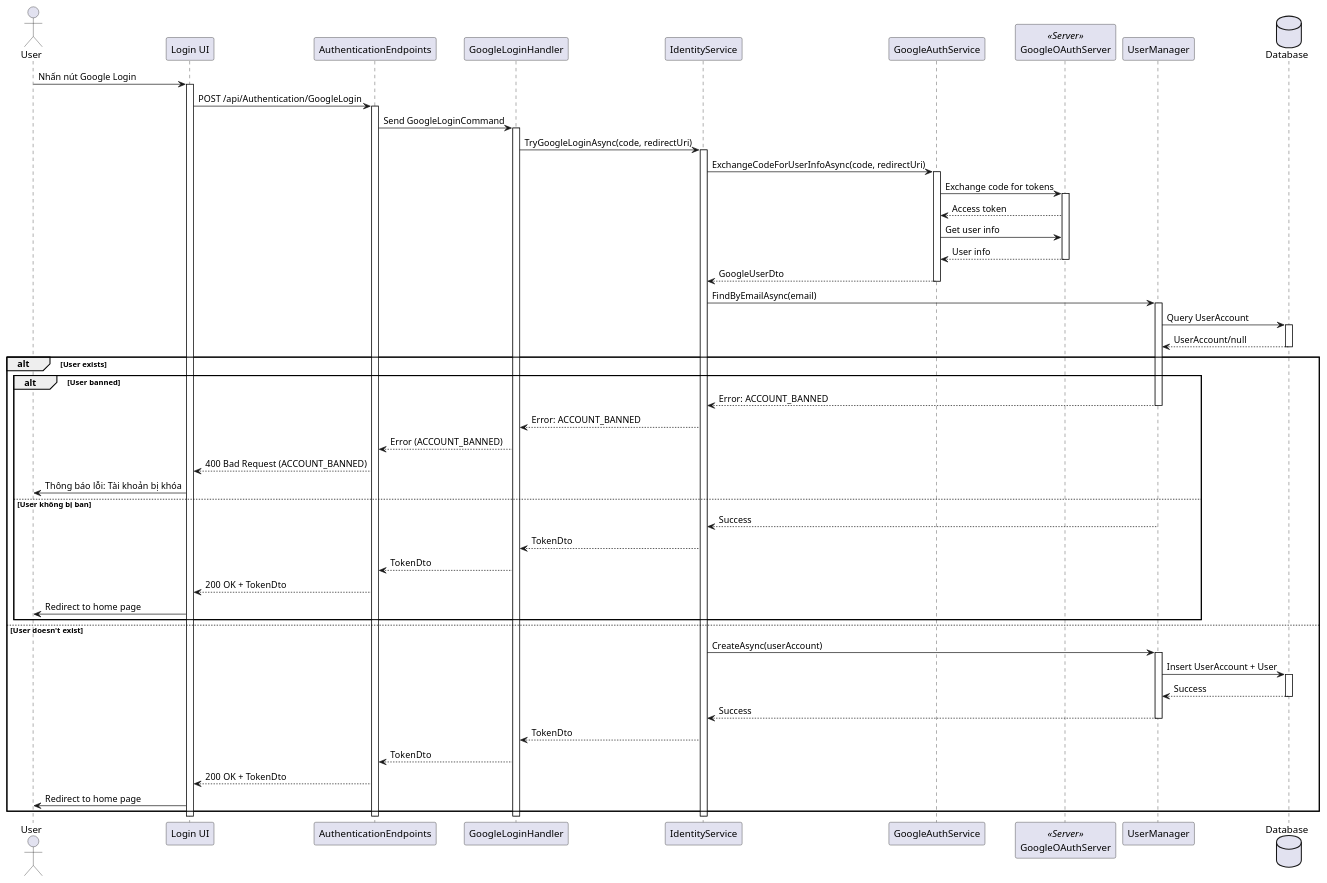
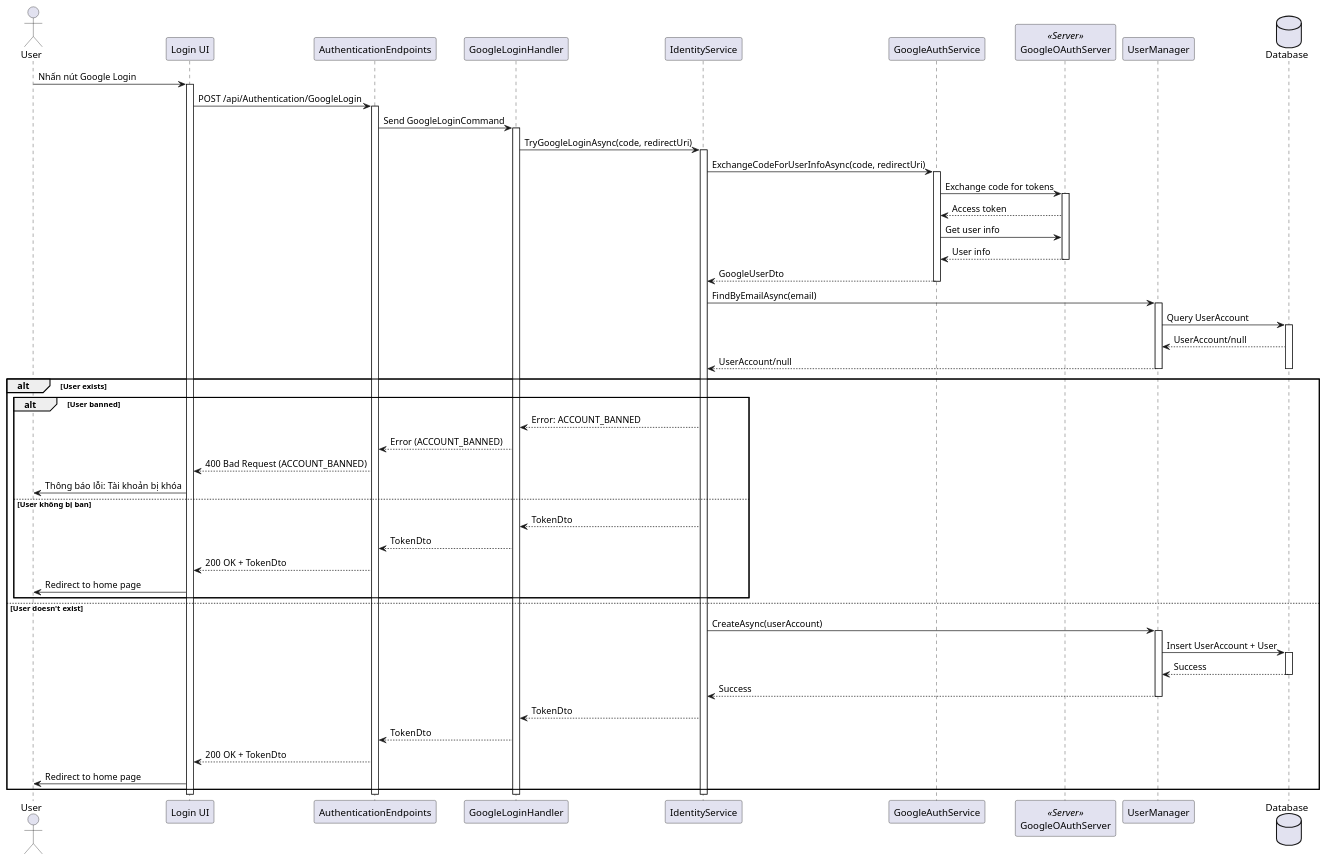
Before and after one commit to thanhkhac/SEP_Diagram: the diagram in authentication/sequence/04_GoogleLogin.puml, drawn with PlantUML. The commit also changed 30 other files, not shown here.

First line of the commit message:
Refactor sequence diagrams and update actor names

```diff
--- a/authentication/sequence/04_GoogleLogin.puml
+++ b/authentication/sequence/04_GoogleLogin.puml
@@ -1,70 +1,71 @@
 @startuml
 actor User
 participant "Login UI" as UI
 participant AuthenticationEndpoints
 participant GoogleLoginHandler
 participant IdentityService
 participant GoogleAuthService
 participant GoogleOAuthServer <<Server>>
 participant UserManager
 Database Database
 
 User -> UI : Nhấn nút Google Login
 activate UI
 UI -> AuthenticationEndpoints : POST /api/Authentication/GoogleLogin
 activate AuthenticationEndpoints
 AuthenticationEndpoints -> GoogleLoginHandler : Send GoogleLoginCommand
 activate GoogleLoginHandler
 GoogleLoginHandler -> IdentityService : TryGoogleLoginAsync(code, redirectUri)
 activate IdentityService
 IdentityService -> GoogleAuthService : ExchangeCodeForUserInfoAsync(code, redirectUri)
 activate GoogleAuthService
 GoogleAuthService -> GoogleOAuthServer : Exchange code for tokens
 activate GoogleOAuthServer
 GoogleOAuthServer --> GoogleAuthService : Access token
 GoogleAuthService -> GoogleOAuthServer : Get user info
 GoogleOAuthServer --> GoogleAuthService : User info
 deactivate GoogleOAuthServer
 GoogleAuthService --> IdentityService : GoogleUserDto
 deactivate GoogleAuthService
 IdentityService -> UserManager : FindByEmailAsync(email)
 activate UserManager
 UserManager -> Database : Query UserAccount
 activate Database
 Database --> UserManager : UserAccount/null
+UserManager --> IdentityService :  UserAccount/null
+
 deactivate Database
+deactivate UserManager
+
 alt User exists
     alt User banned
-        UserManager --> IdentityService : Error: ACCOUNT_BANNED
-        deactivate UserManager
         IdentityService --> GoogleLoginHandler : Error: ACCOUNT_BANNED
         GoogleLoginHandler --> AuthenticationEndpoints : Error (ACCOUNT_BANNED)
         AuthenticationEndpoints --> UI : 400 Bad Request (ACCOUNT_BANNED)
         UI -> User : Thông báo lỗi: Tài khoản bị khóa
     else User không bị ban
-        UserManager --> IdentityService : Success
         deactivate UserManager
         IdentityService --> GoogleLoginHandler : TokenDto
         GoogleLoginHandler --> AuthenticationEndpoints : TokenDto
         AuthenticationEndpoints --> UI : 200 OK + TokenDto
         UI -> User : Redirect to home page
     end
 else User doesn't exist
     IdentityService -> UserManager : CreateAsync(userAccount)
     activate UserManager
     UserManager -> Database : Insert UserAccount + User
     activate Database
     Database --> UserManager : Success
     deactivate Database
     UserManager --> IdentityService : Success
     deactivate UserManager
     IdentityService --> GoogleLoginHandler : TokenDto
     GoogleLoginHandler --> AuthenticationEndpoints : TokenDto
     AuthenticationEndpoints --> UI : 200 OK + TokenDto
     UI -> User : Redirect to home page
 end
 deactivate IdentityService
 deactivate GoogleLoginHandler
 deactivate AuthenticationEndpoints
 deactivate UI
 @enduml
```
